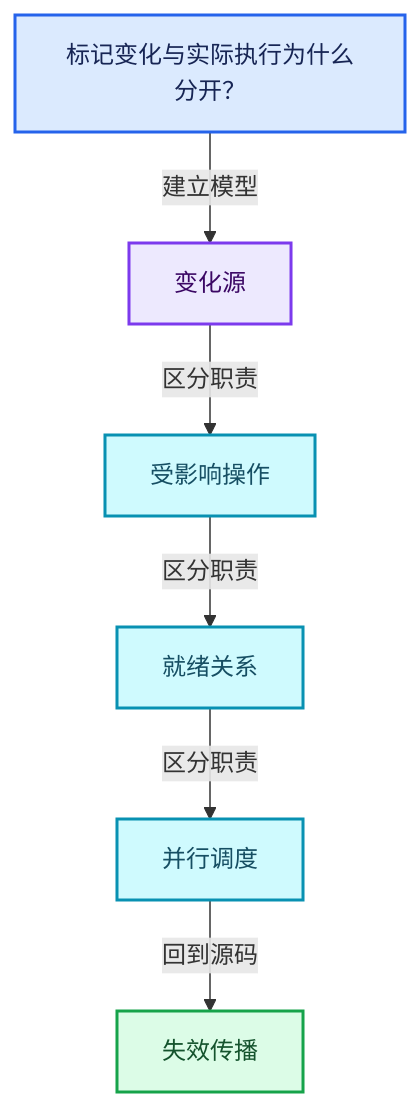
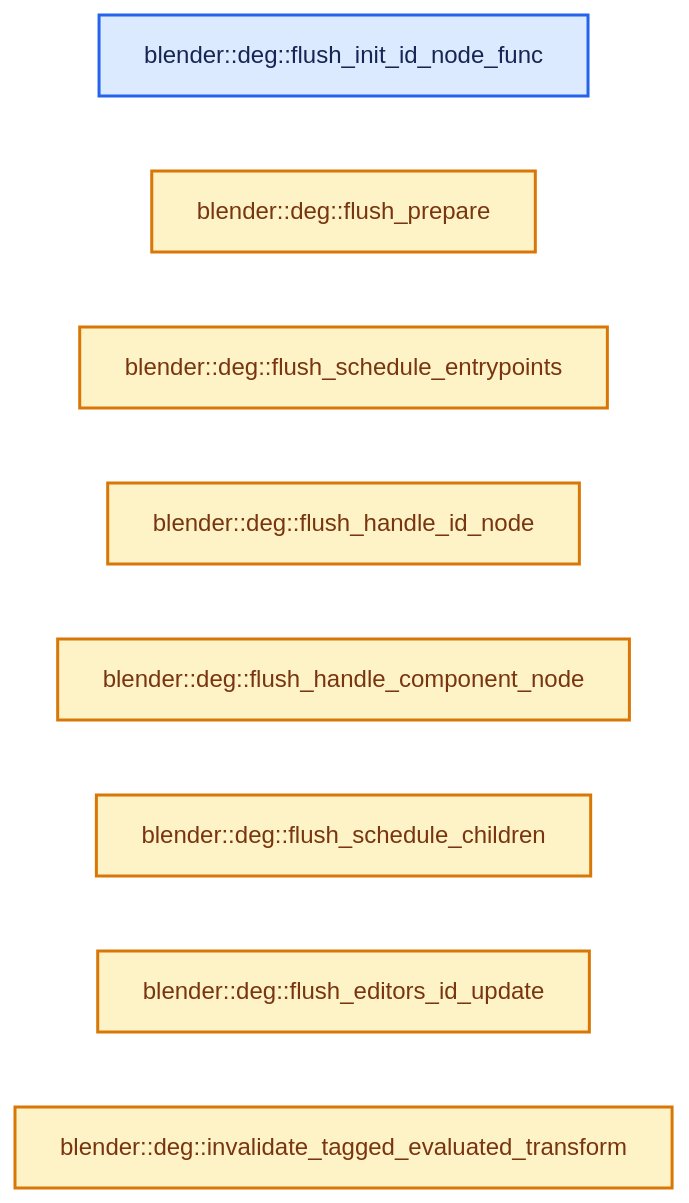
Before and after one commit to yunkezengren/blender-.vscode: the second of 4 diagrams in 杂/markdown/全面学习-codex/11-Depsgraph与并行任务系统/05-失效传播.md, drawn with Mermaid. The commit also changed other lines of this file and 1930 other files, not shown here.

````diff
--- a/杂/markdown/全面学习-codex/11-Depsgraph与并行任务系统/05-失效传播.md
+++ b/杂/markdown/全面学习-codex/11-Depsgraph与并行任务系统/05-失效传播.md
@@ -60,20 +46,17 @@
 ```mermaid
-flowchart TB
-  Q["标记变化与实际执行为什么分开？"]:::input
-  C0["变化源"]:::abstraction
-  C1["受影响操作"]:::data
-  C2["就绪关系"]:::data
-  C3["并行调度"]:::data
-  R["失效传播"]:::result
-  Q -->|"建立模型"| C0
-  C0 -->|"区分职责"| C1
-  C1 -->|"区分职责"| C2
-  C2 -->|"区分职责"| C3
-  C3 -->|"回到源码"| R
+flowchart LR
+  F0["blender::deg::flush_init_id_node_func"]:::input
+  F1["blender::deg::flush_prepare"]:::compute
+  F2["blender::deg::flush_schedule_entrypoints"]:::compute
+  F3["blender::deg::flush_handle_id_node"]:::compute
+  F4["blender::deg::flush_handle_component_node"]:::compute
+  F5["blender::deg::flush_schedule_children"]:::compute
+  F6["blender::deg::flush_editors_id_update"]:::compute
+  F7["blender::deg::invalidate_tagged_evaluated_transform"]:::compute
   classDef input fill:#DBEAFE,stroke:#2563EB,color:#172554,stroke-width:2px;
   classDef data fill:#CFFAFE,stroke:#0891B2,color:#164E63,stroke-width:2px;
   classDef abstraction fill:#EDE9FE,stroke:#7C3AED,color:#3B0764,stroke-width:2px;
   classDef compute fill:#FEF3C7,stroke:#D97706,color:#78350F,stroke-width:2px;
   classDef result fill:#DCFCE7,stroke:#16A34A,color:#14532D,stroke-width:2px;
   classDef error fill:#FEE2E2,stroke:#DC2626,color:#7F1D1D,stroke-width:2px;
 ```
````
